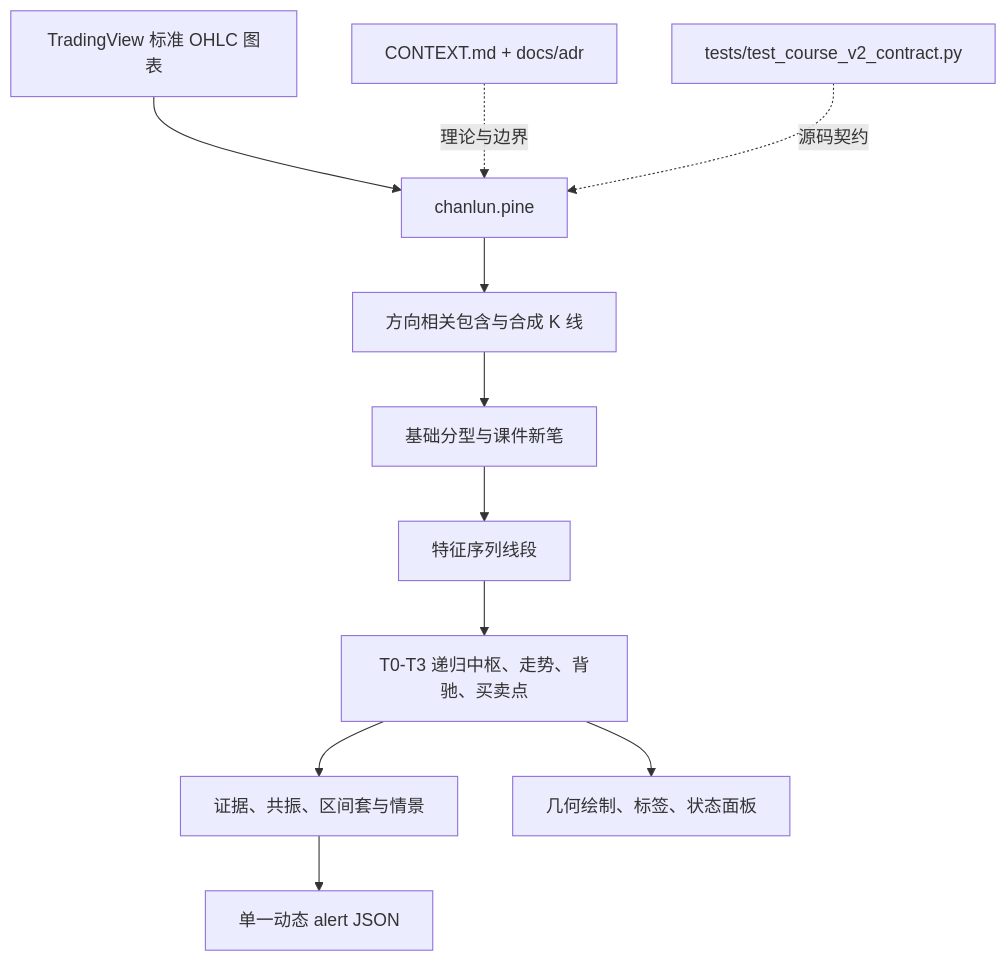
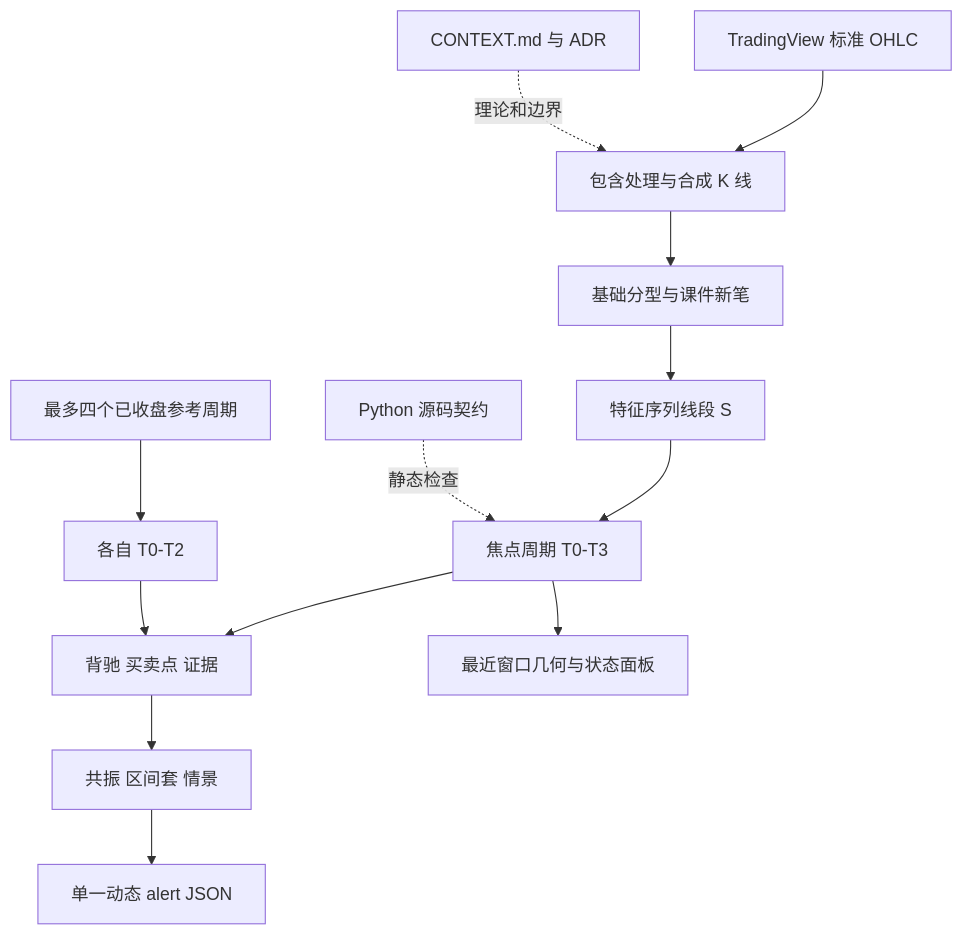
One commit to crossly/chanlun-for-tradingview changed the diagram in brain/architecture.md. Above: the diagram before and after it, drawn with Mermaid. The commit also changed other lines of this file and 12 other files, not shown here.

````diff
--- a/brain/architecture.md
+++ b/brain/architecture.md
@@ -18,13 +14,15 @@
 ```mermaid
 graph TD
-  TV[TradingView 标准 OHLC 图表] --> P[chanlun.pine]
-  P --> K[方向相关包含与合成 K 线]
+  TV[TradingView 标准 OHLC] --> K[包含处理与合成 K 线]
   K --> F[基础分型与课件新笔]
-  F --> S[特征序列线段]
-  S --> R[T0-T3 递归中枢、走势、背驰、买卖点]
-  R --> E[证据、共振、区间套与情景]
-  E --> A[单一动态 alert JSON]
-  R --> V[几何绘制、标签、状态面板]
-  D[CONTEXT.md + docs/adr] -.理论与边界.-> P
-  T[tests/test_course_v2_contract.py] -.源码契约.-> P
+  F --> S[特征序列线段 S]
+  S --> T[焦点周期 T0-T3]
+  R[最多四个已收盘参考周期] --> RT[各自 T0-T2]
+  T --> E[背驰 买卖点 证据]
+  RT --> E
+  E --> C[共振 区间套 情景]
+  C --> A[单一动态 alert JSON]
+  T --> V[最近窗口几何与状态面板]
+  D[CONTEXT.md 与 ADR] -.理论和边界.-> K
+  Q[Python 源码契约] -.静态检查.-> T
 ```
````
